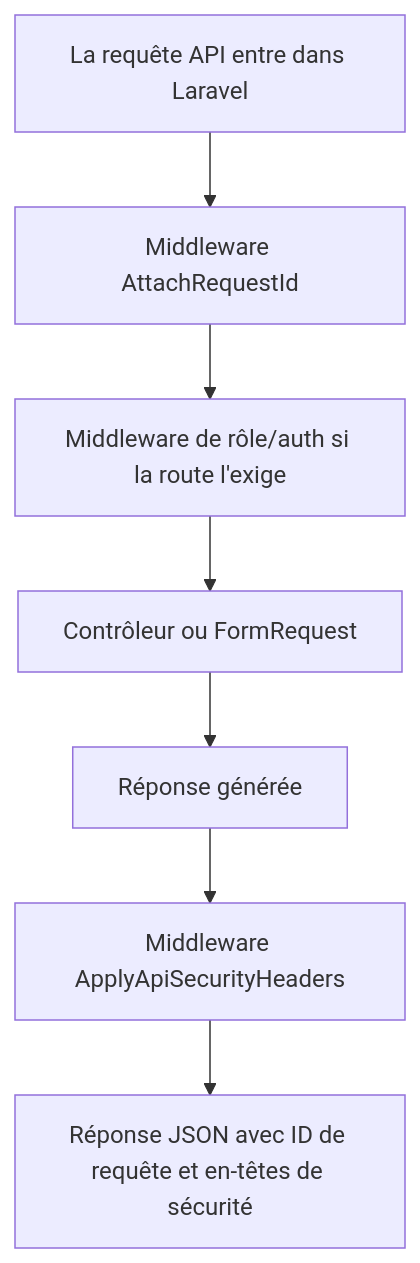
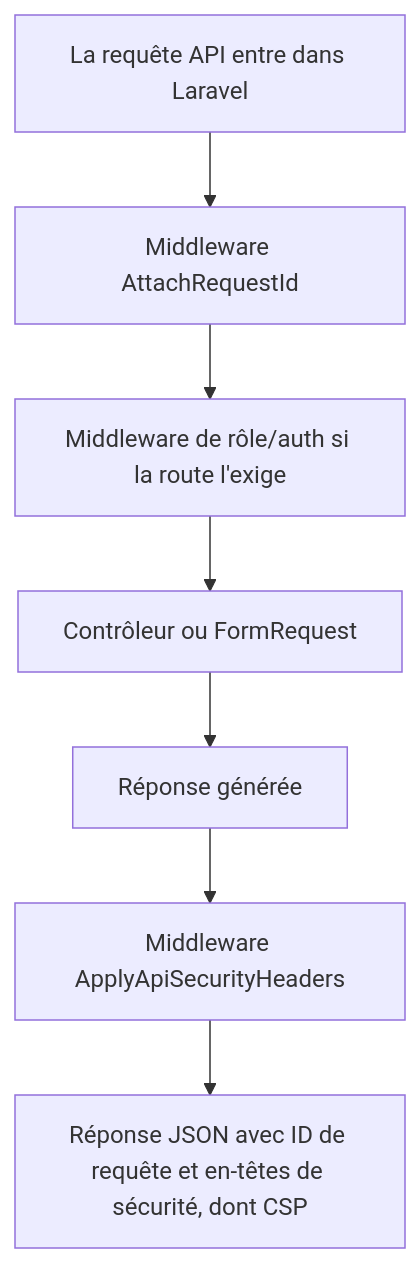
One commit to HOUDAZ011100100/SecRet-cms changed diagram 34 of 34 in backend/docs/uml/workflows.md. Above: the diagram before and after it, drawn with Mermaid. The commit also changed other lines of this file and 27 other files, not shown here.

````diff
--- a/backend/docs/uml/workflows.md
+++ b/backend/docs/uml/workflows.md
@@ -780,9 +792,9 @@
 ```mermaid
 flowchart TD
     A[La requête API entre dans Laravel] --> B[Middleware AttachRequestId]
     B --> C[Middleware de rôle/auth si la route l'exige]
     C --> D[Contrôleur ou FormRequest]
     D --> E[Réponse générée]
     E --> F[Middleware ApplyApiSecurityHeaders]
-    F --> G[Réponse JSON avec ID de requête et en-têtes de sécurité]
+    F --> G[Réponse JSON avec ID de requête et en-têtes de sécurité, dont CSP]
 ```
````
